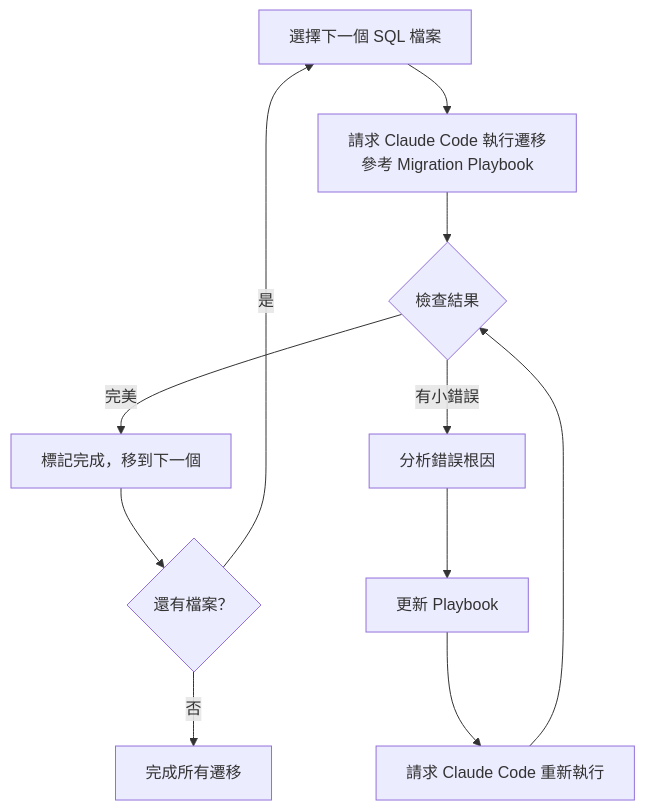
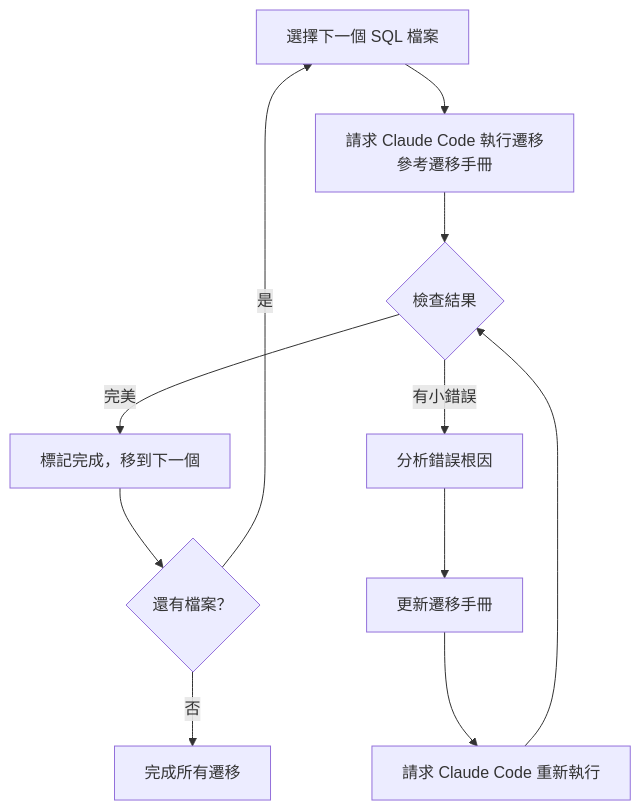
One commit to howjerry/Books changed the diagram in dbt-migration-in-action/chapters/chapter-01.md. Above: the diagram before and after it, drawn with Mermaid. The commit also changed other lines of this file and 7 other files, not shown here.

First line of the commit message:
中文化關鍵術語：Migration Playbook → 遷移手冊 (Chapters 1, 4-10 部分修改)

````diff
--- a/dbt-migration-in-action/chapters/chapter-01.md
+++ b/dbt-migration-in-action/chapters/chapter-01.md
@@ -518,13 +518,13 @@
 ```mermaid
 graph TD
-    A[選擇下一個 SQL 檔案] --> B[請求 Claude Code 執行遷移<br/>參考 Migration Playbook]
+    A[選擇下一個 SQL 檔案] --> B[請求 Claude Code 執行遷移<br/>參考遷移手冊]
     B --> C{檢查結果}
     C -->|完美| D[標記完成，移到下一個]
     C -->|有小錯誤| E[分析錯誤根因]
-    E --> F[更新 Playbook]
+    E --> F[更新遷移手冊]
     F --> G[請求 Claude Code 重新執行]
     G --> C
     D --> H{還有檔案？}
     H -->|是| A
     H -->|否| I[完成所有遷移]
 ```
````
